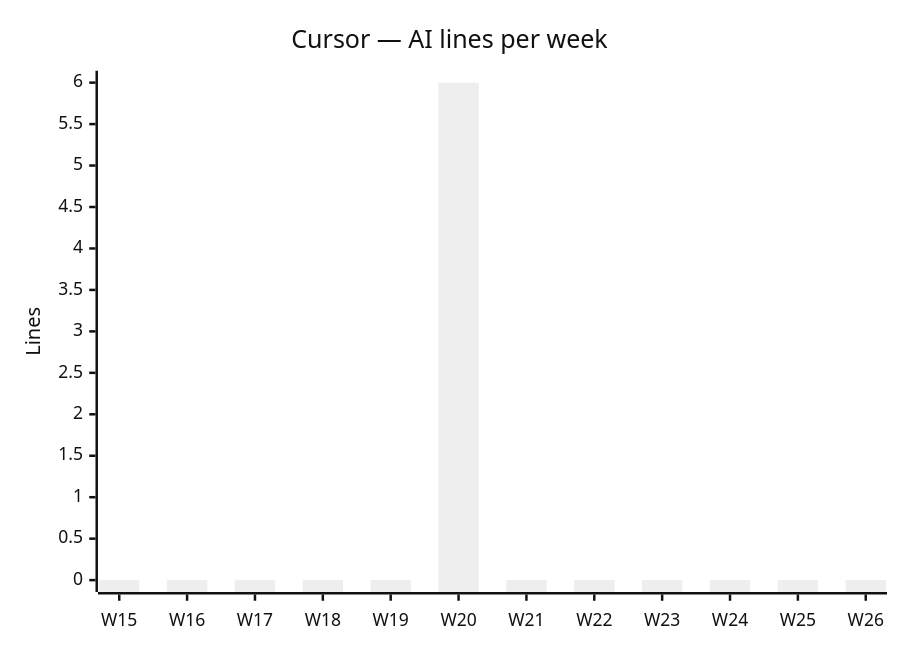
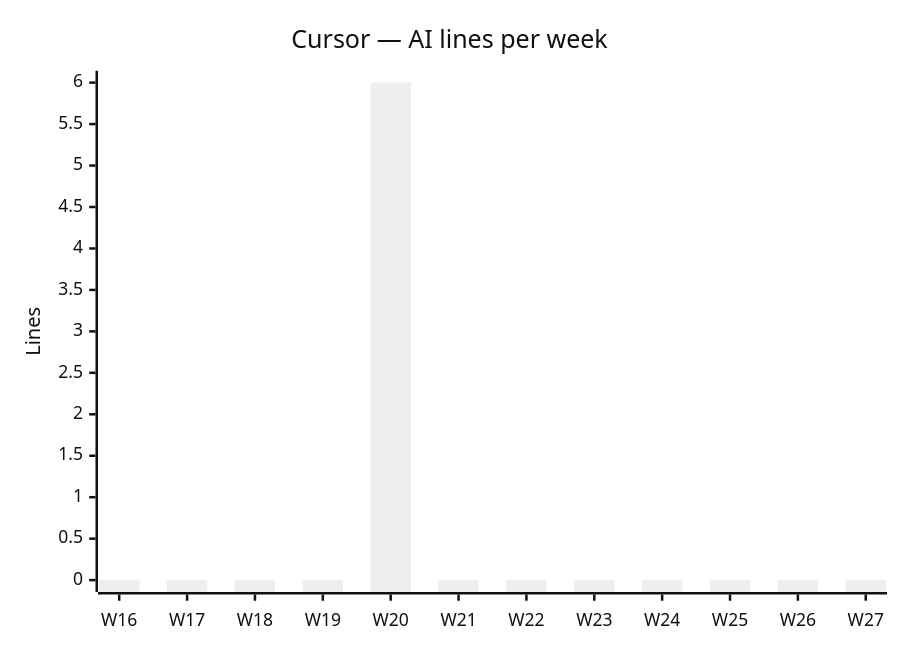
One commit to fromwaydowntown/ai-use changed the fourth of 4 diagrams in docs/AI_USAGE.md. Above: the diagram before and after it, drawn with Mermaid (neutral theme). The commit also changed other lines of this file, not shown here.

````diff
--- a/docs/AI_USAGE.md
+++ b/docs/AI_USAGE.md
@@ -49,7 +49,7 @@
 ```mermaid
 xychart-beta
     title "Cursor — AI lines per week"
-    x-axis ["W15", "W16", "W17", "W18", "W19", "W20", "W21", "W22", "W23", "W24", "W25", "W26"]
+    x-axis ["W16", "W17", "W18", "W19", "W20", "W21", "W22", "W23", "W24", "W25", "W26", "W27"]
     y-axis "Lines"
-    bar [0, 0, 0, 0, 0, 6, 0, 0, 0, 0, 0, 0]
+    bar [0, 0, 0, 0, 6, 0, 0, 0, 0, 0, 0, 0]
 ```
````
